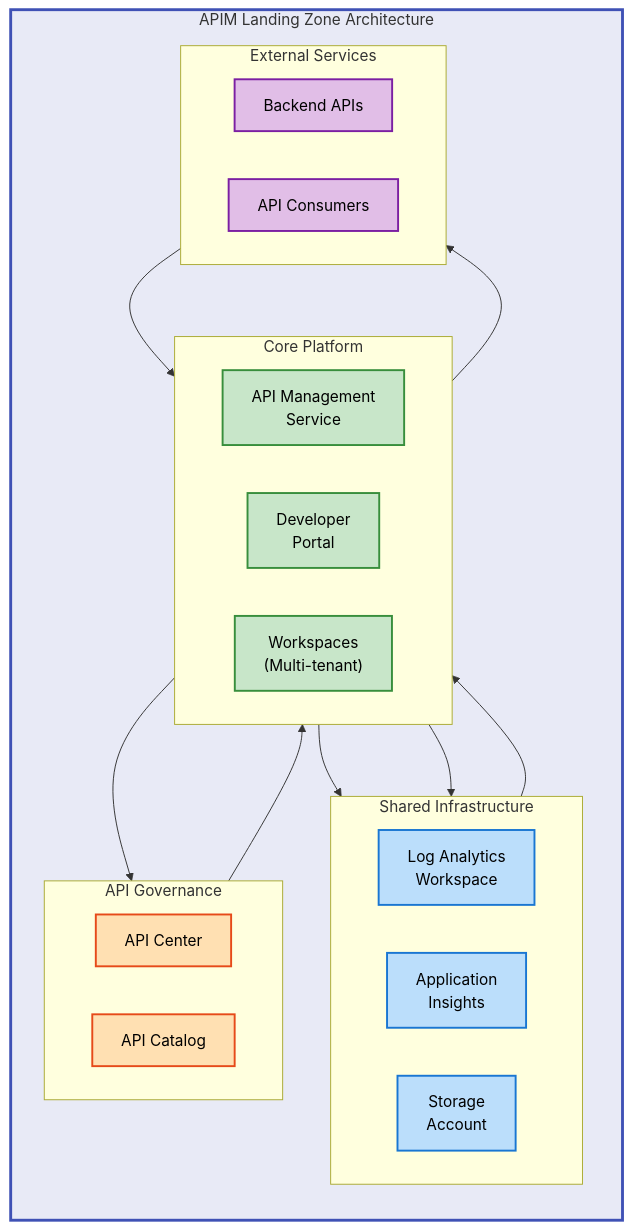
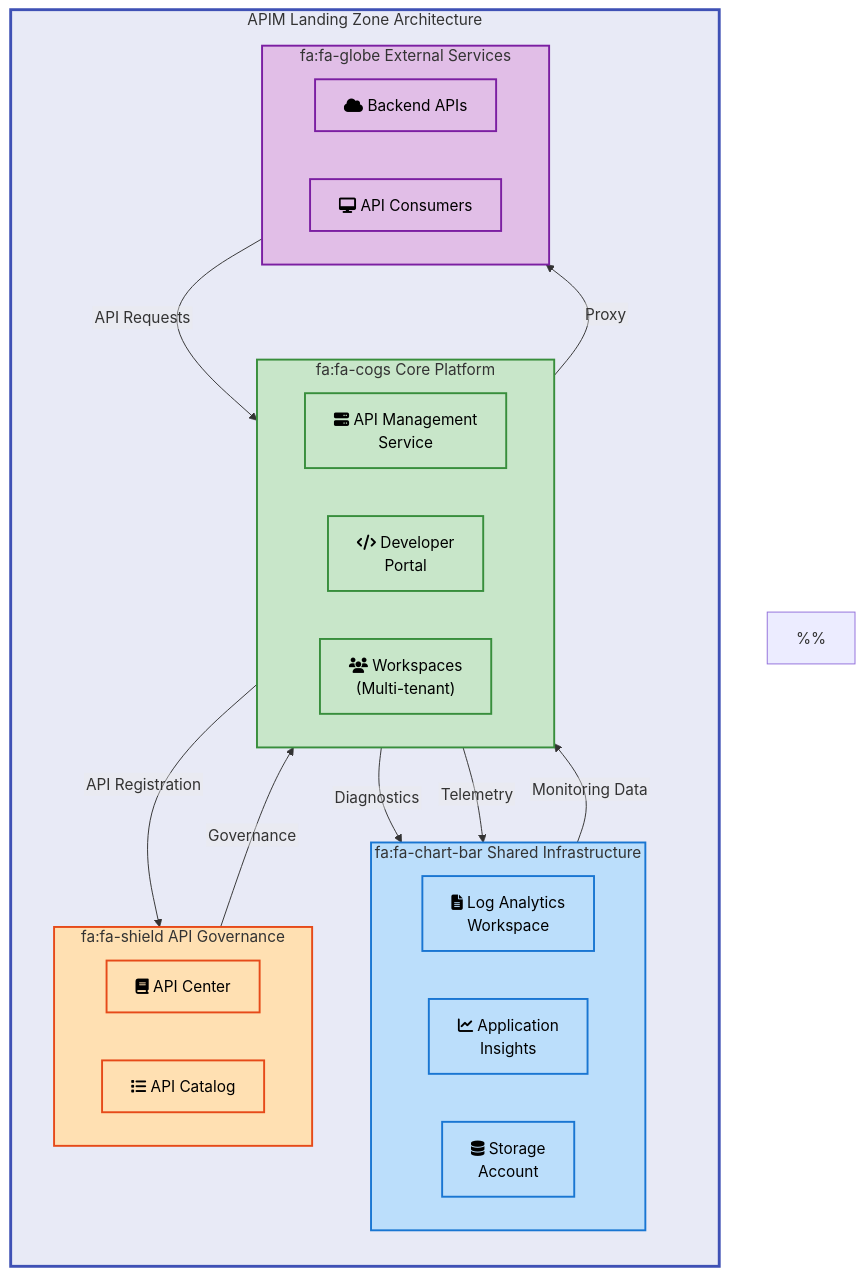
The diagram in README.md (Evilazaro/APIM-Accelerator), drawn with Mermaid before and after one commit.

Commit message:
Enhance flowchart in README.md with standardized color scheme and Font Awesome icons for improved clarity and visual hierarchy

````diff
--- a/README.md
+++ b/README.md
@@ -41,49 +41,82 @@
 ```mermaid
 %%{init: {"flowchart": {"htmlLabels": false}} }%%
 flowchart TB
+    %% ============================================
+    %% STANDARD COLOR SCHEME - DO NOT MODIFY
+    %% ============================================
+    %% Main Group Level (Neutral background)
     classDef mainGroup fill:#E8EAF6,stroke:#3F51B5,stroke-width:3px,color:#000
+
+    %% Sub Group Level (Semantic colors for functional siblings)
     classDef mdBlue fill:#BBDEFB,stroke:#1976D2,stroke-width:2px,color:#000
     classDef mdGreen fill:#C8E6C9,stroke:#388E3C,stroke-width:2px,color:#000
     classDef mdOrange fill:#FFE0B2,stroke:#E64A19,stroke-width:2px,color:#000
     classDef mdPurple fill:#E1BEE7,stroke:#7B1FA2,stroke-width:2px,color:#000
+    classDef mdTeal fill:#B2DFDB,stroke:#00796B,stroke-width:2px,color:#000
+    classDef mdYellow fill:#FFF9C4,stroke:#F57F17,stroke-width:2px,color:#000
+    %% ============================================
+    %% COLOR SCHEME DOCUMENTATION
+    %% ============================================
+    %% Level 1 (Main Container): Indigo 50 (#E8EAF6)
+    %%   - Used for: Top-level system container
+    %%   - Purpose: Visual hierarchy and architectural boundary
+    %%   - Stroke: Indigo 500 (#3F51B5), 3px
+    %%
+    %% Level 2 (Functional Siblings): Semantic colors
+    %%   - Shared Infrastructure (Monitoring): Blue (#BBDEFB)
+    %%   - Core Platform (API Services): Green (#C8E6C9)
+    %%   - API Governance (Management): Orange (#FFE0B2)
+    %%   - External Services (Integration): Purple (#E1BEE7)
+    %%
+    %% Icons: Font Awesome semantic icons for clarity
+    %%   - fa:fa-file-text (Logs), fa:fa-chart-line (Insights)
+    %%   - fa:fa-server (API), fa:fa-code (Portal)
+    %%   - fa:fa-book (Center), fa:fa-cloud (Backends)
+    %% ============================================
 
     subgraph system["APIM Landing Zone Architecture"]
         direction TB
 
-        subgraph shared["Shared Infrastructure"]
+        subgraph shared["fa:fa-chart-bar Shared Infrastructure"]
             direction LR
-            logs["Log Analytics<br/>Workspace"]:::mdBlue
-            insights["Application<br/>Insights"]:::mdBlue
-            storage["Storage<br/>Account"]:::mdBlue
+            logs["fa:fa-file-text Log Analytics<br/>Workspace"]:::mdBlue
+            insights["fa:fa-chart-line Application<br/>Insights"]:::mdBlue
+            storage["fa:fa-database Storage<br/>Account"]:::mdBlue
         end
 
-        subgraph core["Core Platform"]
+        subgraph core["fa:fa-cogs Core Platform"]
             direction LR
-            apim["API Management<br/>Service"]:::mdGreen
-            devportal["Developer<br/>Portal"]:::mdGreen
-            workspaces["Workspaces<br/>(Multi-tenant)"]:::mdGreen
+            apim["fa:fa-server API Management<br/>Service"]:::mdGreen
+            devportal["fa:fa-code Developer<br/>Portal"]:::mdGreen
+            workspaces["fa:fa-users Workspaces<br/>(Multi-tenant)"]:::mdGreen
         end
 
-        subgraph inventory["API Governance"]
+        subgraph inventory["fa:fa-shield API Governance"]
             direction LR
-            apicenter["API Center"]:::mdOrange
-            catalog["API Catalog"]:::mdOrange
+            apicenter["fa:fa-book API Center"]:::mdOrange
+            catalog["fa:fa-list API Catalog"]:::mdOrange
         end
 
-        subgraph external["External Services"]
+        subgraph external["fa:fa-globe External Services"]
             direction LR
-            backends["Backend APIs"]:::mdPurple
-            clients["API Consumers"]:::mdPurple
+            backends["fa:fa-cloud Backend APIs"]:::mdPurple
+            clients["fa:fa-desktop API Consumers"]:::mdPurple
         end
 
-        shared --> core
-        core --> inventory
-        clients --> apim
-        apim --> backends
-        apim --> logs
-        apim --> insights
-        apicenter --> apim
+        %% Relationships with descriptive labels
+        shared -->|Monitoring Data| core
+        core -->|API Registration| inventory
+        clients -->|API Requests| apim
+        apim -->|Proxy| backends
+        apim -->|Diagnostics| logs
+        apim -->|Telemetry| insights
+        apicenter -->|Governance| apim
     end
 
+    %% Apply style directives to ALL subgraphs
     style system fill:#E8EAF6,stroke:#3F51B5,stroke-width:3px
+    style shared fill:#BBDEFB,stroke:#1976D2,stroke-width:2px
+    style core fill:#C8E6C9,stroke:#388E3C,stroke-width:2px
+    style inventory fill:#FFE0B2,stroke:#E64A19,stroke-width:2px
+    style external fill:#E1BEE7,stroke:#7B1FA2,stroke-width:2px
 ```
````
